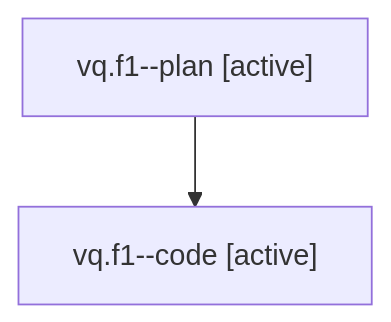
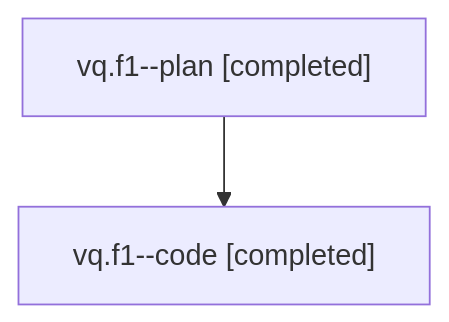
Before and after one commit to sase-org/sase--agents: the diagram in families/bbugyi200.athena.vq.f1.md, drawn with Mermaid. The commit also changed other lines of this file and 399 other files, not shown here.

````diff
--- a/families/bbugyi200.athena.vq.f1.md
+++ b/families/bbugyi200.athena.vq.f1.md
@@ -9,6 +9,6 @@
 ```mermaid
 flowchart TD
-  n0["vq.f1--plan [active]"]
-  n1["vq.f1--code [active]"]
+  n0["vq.f1--plan [completed]"]
+  n1["vq.f1--code [completed]"]
   n0 --> n1
 ```
````
